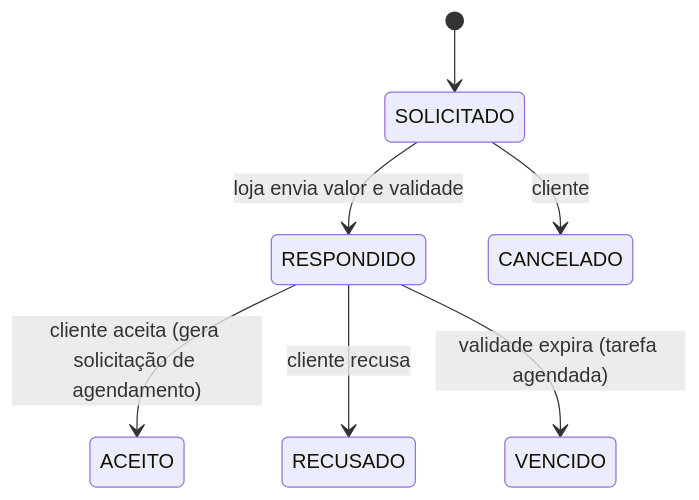
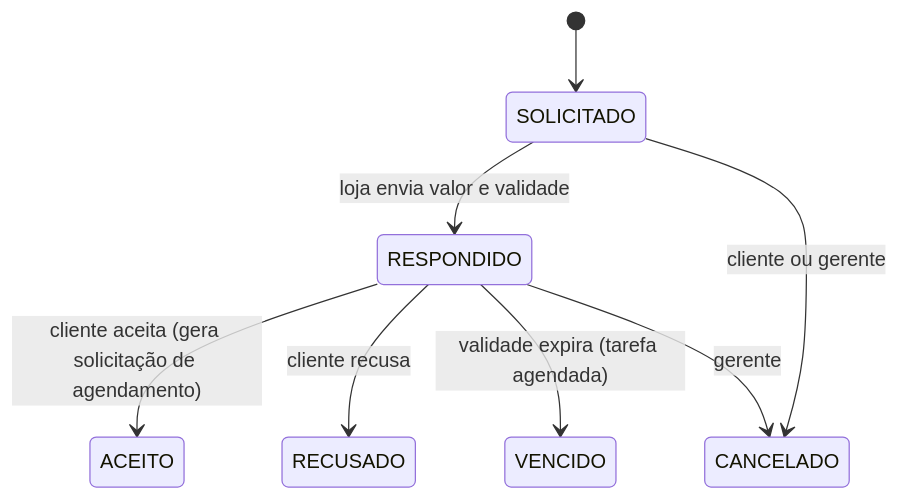
One commit to renanleonellocastro/loja_de_refrigeracao changed the fourth of 4 diagrams in docs/DOMINIO.md. Above: the diagram before and after it, drawn with Mermaid. The commit also changed 17 other files, not shown here.

````diff
--- a/docs/DOMINIO.md
+++ b/docs/DOMINIO.md
@@ -100,9 +100,10 @@
 ```mermaid
 stateDiagram-v2
   [*] --> SOLICITADO
   SOLICITADO --> RESPONDIDO: loja envia valor e validade
   RESPONDIDO --> ACEITO: cliente aceita (gera solicitação de agendamento)
   RESPONDIDO --> RECUSADO: cliente recusa
   RESPONDIDO --> VENCIDO: validade expira (tarefa agendada)
-  SOLICITADO --> CANCELADO: cliente
+  SOLICITADO --> CANCELADO: cliente ou gerente
+  RESPONDIDO --> CANCELADO: gerente
 ```
````
